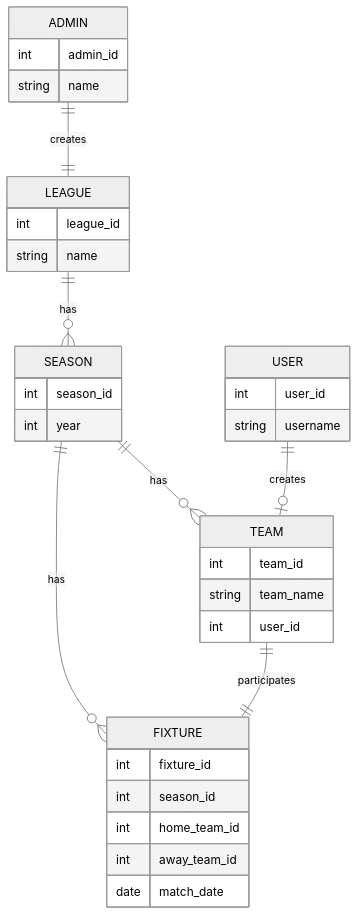
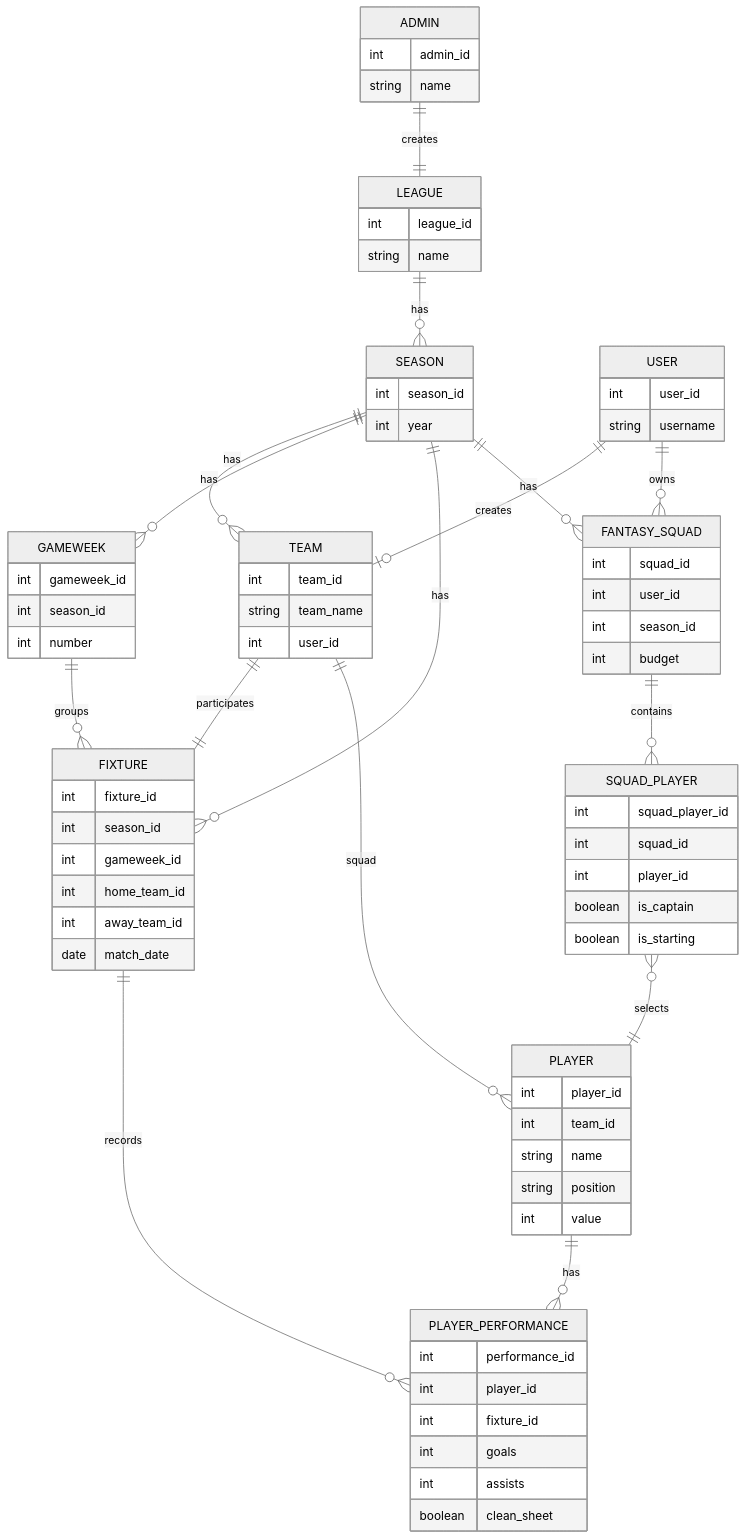
The second of 2 diagrams in README.md (codemora/fantasy-league), drawn with Mermaid (neutral theme) before and after one commit. The commit also changed other lines of this file, not shown here.

Commit message:
Add fantasy squad/player domain model to class + ER diagrams
Expanded the README to provide detailed information about the API's functionality, including descriptions of new classes and their relationships.

````diff
--- a/README.md
+++ b/README.md
@@ -78,44 +166,91 @@
 ```mermaid
 erDiagram
-    ADMIN ||--|| LEAGUE : creates
-    LEAGUE ||--o{ SEASON : has
-    SEASON ||--o{ TEAM : has
-    SEASON ||--o{ FIXTURE : has
-    USER ||--o| TEAM : creates
-    TEAM ||--|| FIXTURE : participates
-   
+ADMIN ||--|| LEAGUE : creates
+LEAGUE ||--o{ SEASON : has
+SEASON ||--o{ TEAM : has
+SEASON ||--o{ GAMEWEEK : has
+GAMEWEEK ||--o{ FIXTURE : groups
+SEASON ||--o{ FIXTURE : has
+USER ||--o| TEAM : creates
+TEAM ||--|| FIXTURE : participates
+TEAM ||--o{ PLAYER : squad
+PLAYER ||--o{ PLAYER_PERFORMANCE : has
+FIXTURE ||--o{ PLAYER_PERFORMANCE : records
+USER ||--o{ FANTASY_SQUAD : owns
+SEASON ||--o{ FANTASY_SQUAD : has
+FANTASY_SQUAD ||--o{ SQUAD_PLAYER : contains
+SQUAD_PLAYER }o--|| PLAYER : selects
 
-    ADMIN{
-        int admin_id
-        string name
-    }
-    
-    LEAGUE {
-        int league_id
-        string name
-    }
+ADMIN{
+int admin_id
+string name
+}
 
-    SEASON {
-        int season_id
-        int year
-    }
+LEAGUE {
+int league_id
+string name
+}
 
-    TEAM {
-        int team_id
-        string team_name
-        int user_id
-    }
+SEASON {
+int season_id
+int year
+}
 
-    FIXTURE {
-        int fixture_id
-        int season_id
-        int home_team_id
-        int away_team_id
-        date match_date
-    }
+GAMEWEEK {
+int gameweek_id
+int season_id
+int number
+}
 
-    USER {
-        int user_id
-        string username
-    }
+TEAM {
+int team_id
+string team_name
+int user_id
+}
+
+FIXTURE {
+int fixture_id
+int season_id
+int gameweek_id
+int home_team_id
+int away_team_id
+date match_date
+}
+
+USER {
+int user_id
+string username
+}
+
+PLAYER {
+int player_id
+int team_id
+string name
+string position
+int value
+}
+
+PLAYER_PERFORMANCE {
+int performance_id
+int player_id
+int fixture_id
+int goals
+int assists
+boolean clean_sheet
+}
+
+FANTASY_SQUAD {
+int squad_id
+int user_id
+int season_id
+int budget
+}
+
+SQUAD_PLAYER {
+int squad_player_id
+int squad_id
+int player_id
+boolean is_captain
+boolean is_starting
+}
 ```
````
